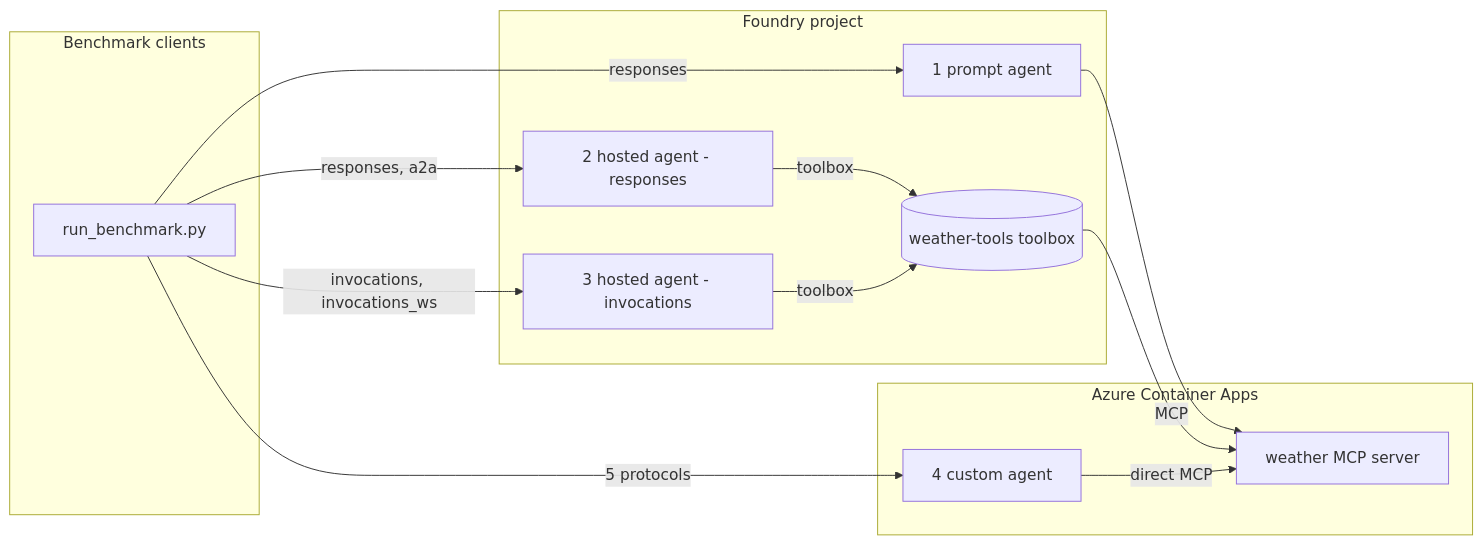
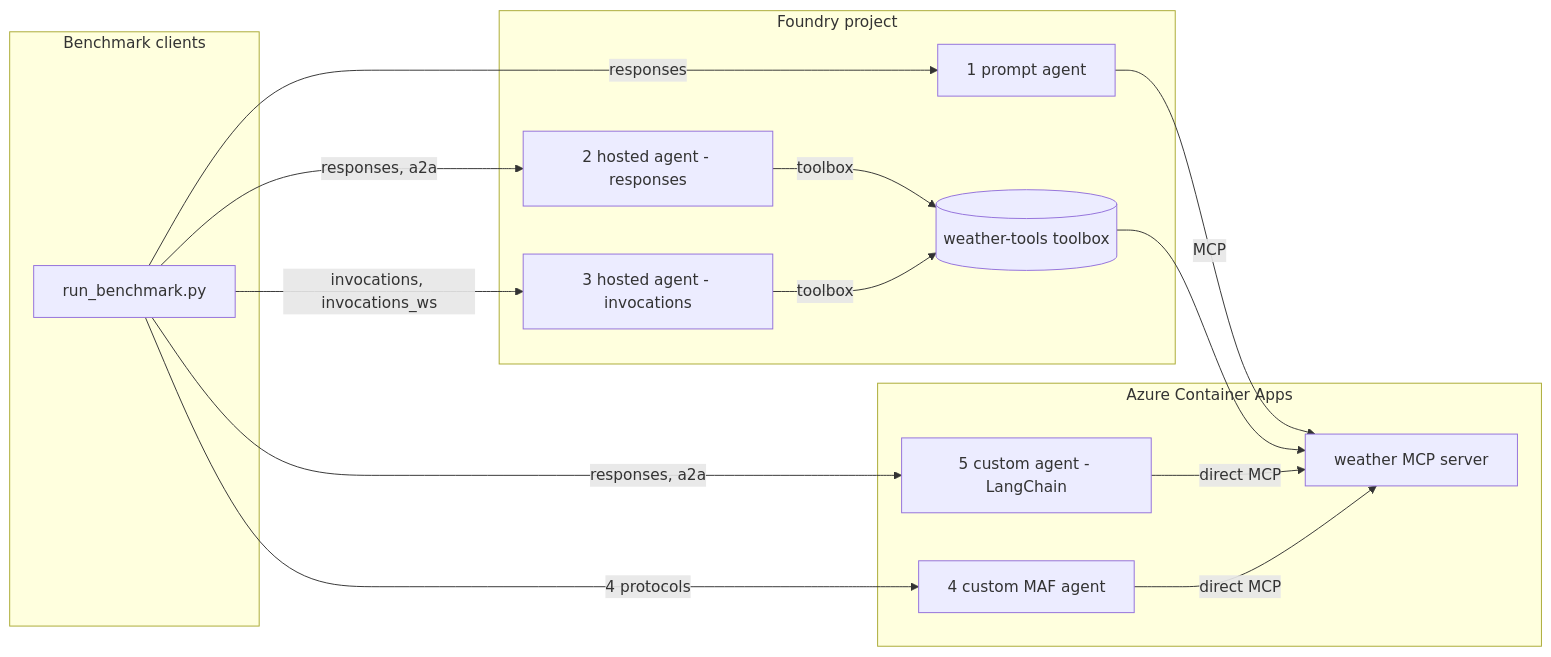
Before and after one commit to denniszielke/foundry-performance: the diagram in README.md, drawn with Mermaid. The commit also changed other lines of this file and 40 other files, not shown here.

````diff
--- a/README.md
+++ b/README.md
@@ -48,24 +63,27 @@
 ```mermaid
 flowchart LR
     subgraph clients[Benchmark clients]
       B[run_benchmark.py]
     end
     subgraph foundry[Foundry project]
       P[1 prompt agent]
       HR[2 hosted agent - responses]
       HI[3 hosted agent - invocations]
       T[(weather-tools toolbox)]
     end
     subgraph aca[Azure Container Apps]
-      C[4 custom agent]
+      C[4 custom MAF agent]
+      LC[5 custom agent - LangChain]
       M[weather MCP server]
     end
     B -->|responses| P
     B -->|responses, a2a| HR
     B -->|invocations, invocations_ws| HI
-    B -->|5 protocols| C
+    B -->|4 protocols| C
+    B -->|responses, a2a| LC
     P -->|MCP| M
     HR -->|toolbox| T --> M
     HI -->|toolbox| T
+    LC -->|direct MCP| M
     C -->|direct MCP| M
 ```
````
